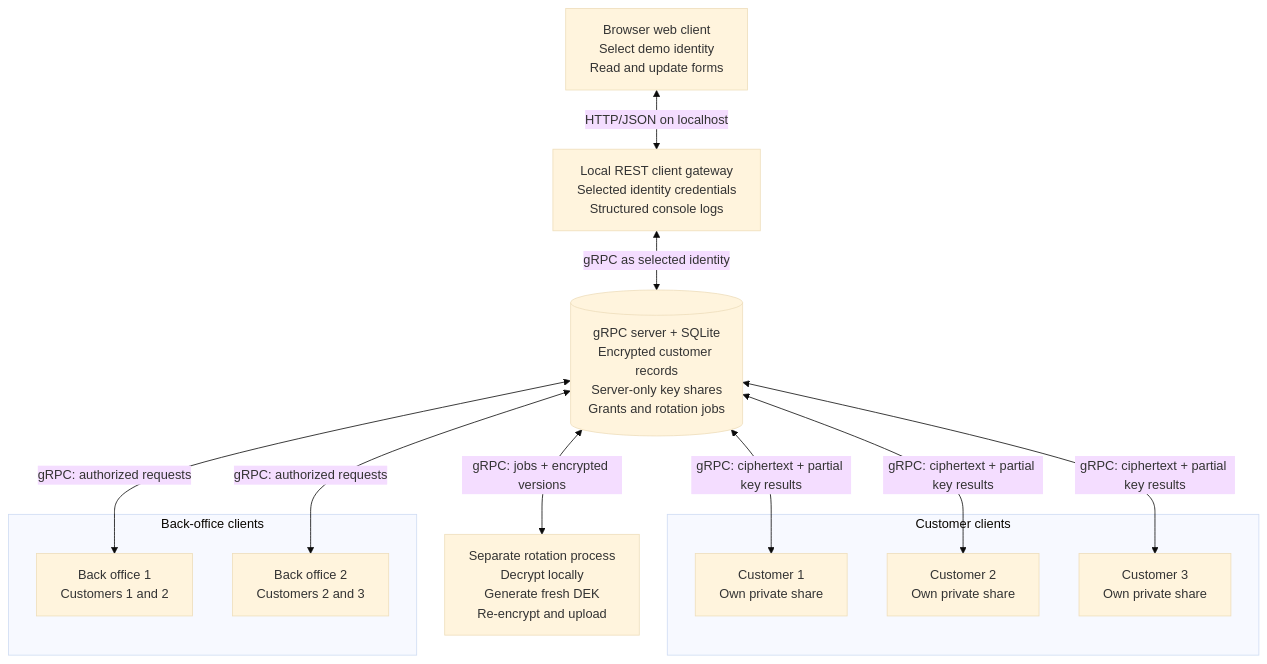
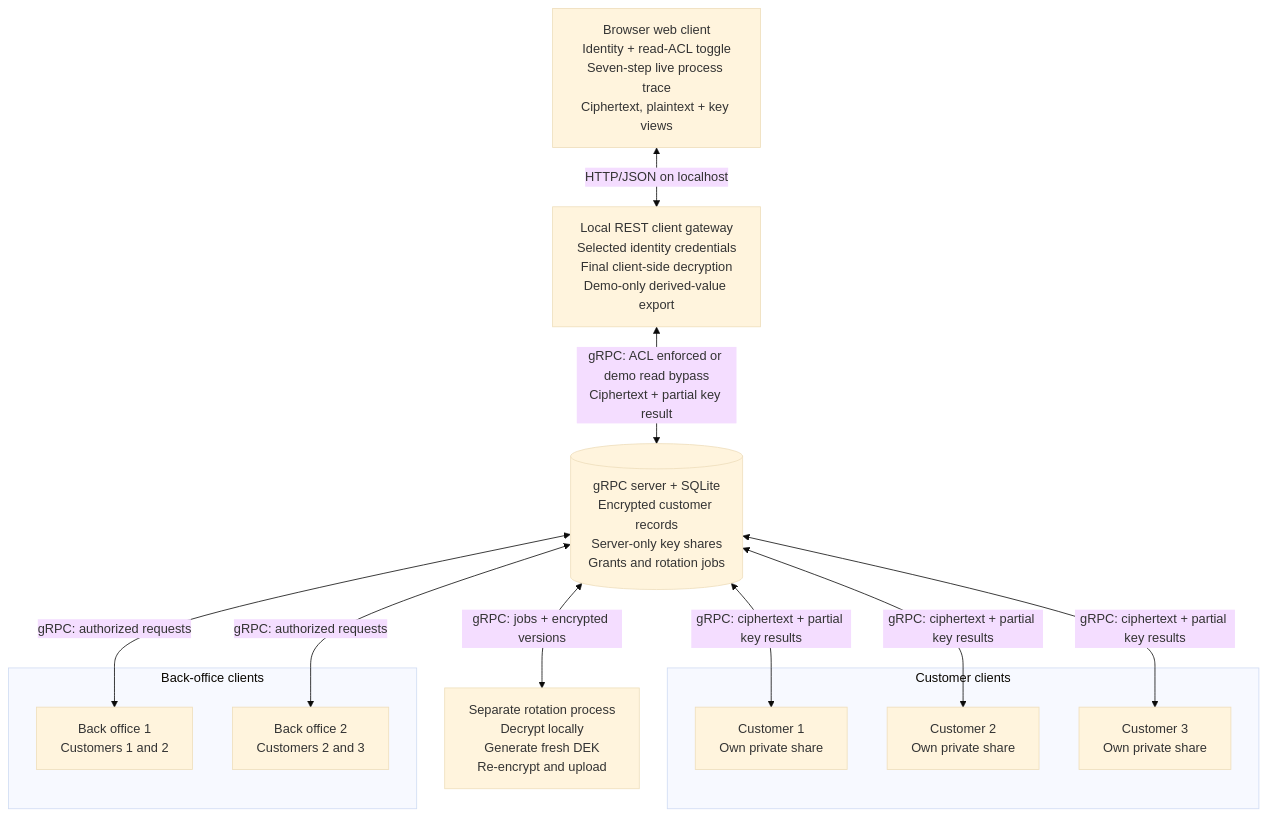
Before and after one commit to jlambert68/customer-crypto-grpc: the diagram in ARCHITECTURE.md, drawn with Mermaid (base theme). The commit also changed other lines of this file and 18 other files, not shown here.

````diff
--- a/ARCHITECTURE.md
+++ b/ARCHITECTURE.md
@@ -5,24 +5,24 @@
 ```mermaid
 flowchart TB
-    W["Browser web client<br/>Select demo identity<br/>Read and update forms"]
-    G["Local REST client gateway<br/>Selected identity credentials<br/>Structured console logs"]
+    W["Browser web client<br/>Identity + read-ACL toggle<br/>Seven-step live process trace<br/>Ciphertext, plaintext + key views"]
+    G["Local REST client gateway<br/>Selected identity credentials<br/>Final client-side decryption<br/>Demo-only derived-value export"]
     S[("gRPC server + SQLite<br/>Encrypted customer records<br/>Server-only key shares<br/>Grants and rotation jobs")]
     subgraph CUSTOMERS[Customer clients]
       C1["Customer 1<br/>Own private share"]
       C2["Customer 2<br/>Own private share"]
       C3["Customer 3<br/>Own private share"]
     end
     subgraph BACKOFFICE[Back-office clients]
       B1["Back office 1<br/>Customers 1 and 2"]
       B2["Back office 2<br/>Customers 2 and 3"]
     end
     R["Separate rotation process<br/>Decrypt locally<br/>Generate fresh DEK<br/>Re-encrypt and upload"]
     W <-->|"HTTP/JSON on localhost"| G
-    G <-->|"gRPC as selected identity"| S
+    G <-->|"gRPC: ACL enforced or demo read bypass<br/>Ciphertext + partial key result"| S
     S <-->|"gRPC: ciphertext + partial key results"| C1
     S <-->|"gRPC: ciphertext + partial key results"| C2
     S <-->|"gRPC: ciphertext + partial key results"| C3
     S <-->|"gRPC: authorized requests"| B1
     S <-->|"gRPC: authorized requests"| B2
     S <-->|"gRPC: jobs + encrypted versions"| R
 ```
````
